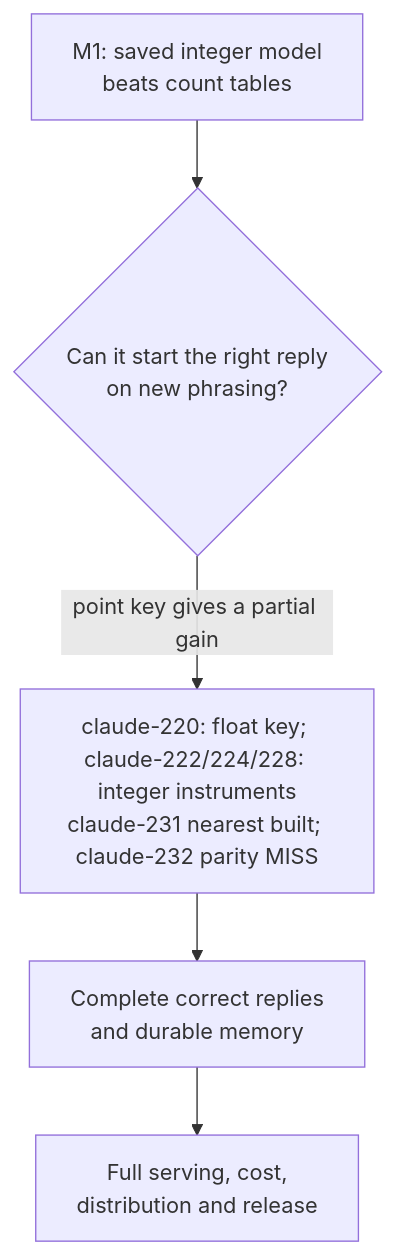
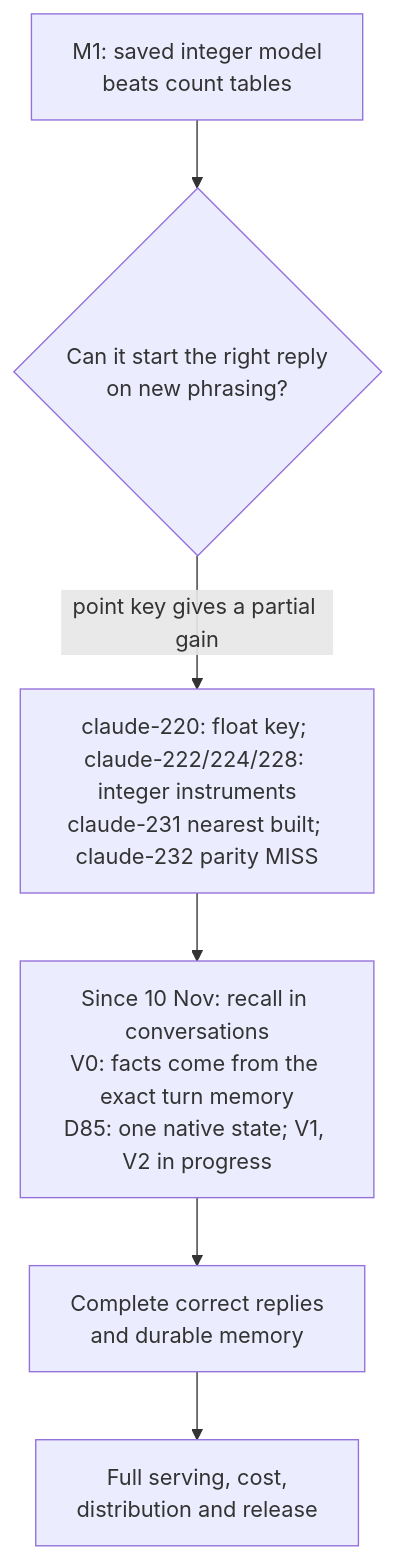
The diagram in docs/research/open-questions.md (UOR-Foundation/uor-r4), drawn with Mermaid before and after one commit. The commit also changed 4 other files, not shown here.

````diff
--- a/docs/research/open-questions.md
+++ b/docs/research/open-questions.md
@@ -9,7 +9,8 @@
 ```mermaid
 flowchart TD
   A["M1: saved integer model<br/>beats count tables"] --> B{"Can it start the right reply<br/>on new phrasing?"}
   B -- "point key gives a partial gain" --> M["claude-220: float key; claude-222/224/228: integer instruments<br/>claude-231 nearest built; claude-232 parity MISS"]
-  M --> R["Complete correct replies<br/>and durable memory"]
+  M --> V["Since 10 Nov: recall in conversations<br/>V0: facts come from the exact turn memory<br/>D85: one native state; V1, V2 in progress"]
+  V --> R["Complete correct replies<br/>and durable memory"]
   R --> S["Full serving, cost,<br/>distribution and release"]
 ```
````
